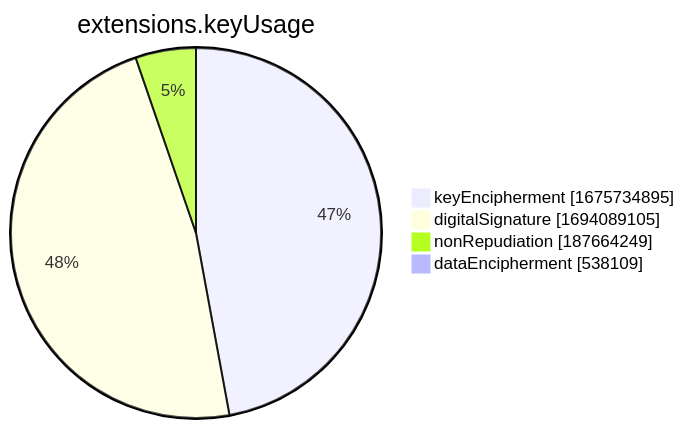
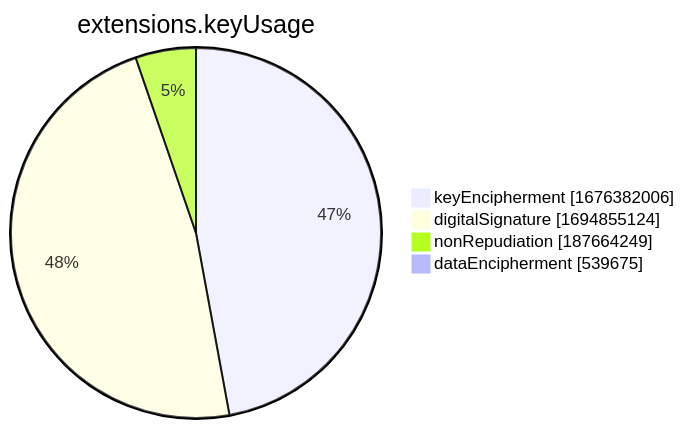
One commit to christiankrug/ctmonitor_visualization changed the seventh of 15 diagrams in xenon2022/README.md. Above: the diagram before and after it, drawn with Mermaid. The commit also changed other lines of this file, not shown here.

````diff
--- a/xenon2022/README.md
+++ b/xenon2022/README.md
@@ -2857,8 +2857,8 @@
 ```mermaid
 pie showData
 title extensions.keyUsage
-"keyEncipherment" :1675734895
-"digitalSignature" :1694089105
+"keyEncipherment" :1676382006
+"digitalSignature" :1694855124
 "nonRepudiation" :187664249
-"dataEncipherment" :538109
+"dataEncipherment" :539675
 ```
````
